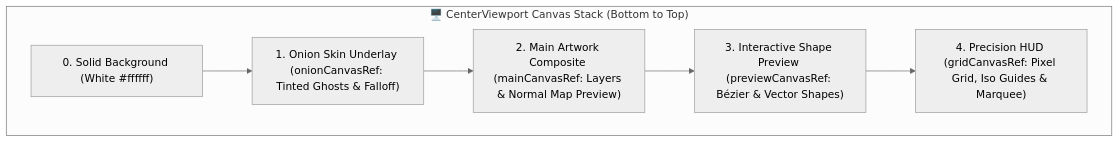
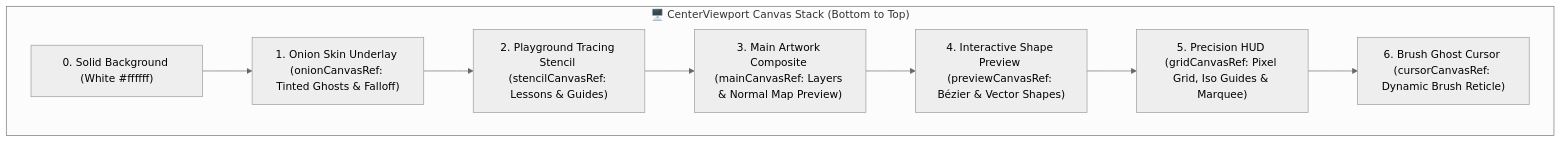
One commit to lxcario/PixiBun changed the second of 6 diagrams in ARCHITECTURE.md. Above: the diagram before and after it, drawn with Mermaid (neutral theme). The commit also changed other lines of this file and 11 other files, not shown here.

````diff
--- a/ARCHITECTURE.md
+++ b/ARCHITECTURE.md
@@ -61,15 +61,19 @@
 ```mermaid
 graph TD
     subgraph Viewport_Stack ["🖥️ CenterViewport Canvas Stack (Bottom to Top)"]
         L0["0. Solid Background (White #ffffff)"]
         L1["1. Onion Skin Underlay (onionCanvasRef: Tinted Ghosts & Falloff)"]
-        L2["2. Main Artwork Composite (mainCanvasRef: Layers & Normal Map Preview)"]
-        L3["3. Interactive Shape Preview (previewCanvasRef: Bézier & Vector Shapes)"]
-        L4["4. Precision HUD (gridCanvasRef: Pixel Grid, Iso Guides & Marquee)"]
+        L2["2. Playground Tracing Stencil (stencilCanvasRef: Lessons & Guides)"]
+        L3["3. Main Artwork Composite (mainCanvasRef: Layers & Normal Map Preview)"]
+        L4["4. Interactive Shape Preview (previewCanvasRef: Bézier & Vector Shapes)"]
+        L5["5. Precision HUD (gridCanvasRef: Pixel Grid, Iso Guides & Marquee)"]
+        L6["6. Brush Ghost Cursor (cursorCanvasRef: Dynamic Brush Reticle)"]
     end
     
     L0 --> L1
     L1 --> L2
     L2 --> L3
     L3 --> L4
+    L4 --> L5
+    L5 --> L6
 ```
````
